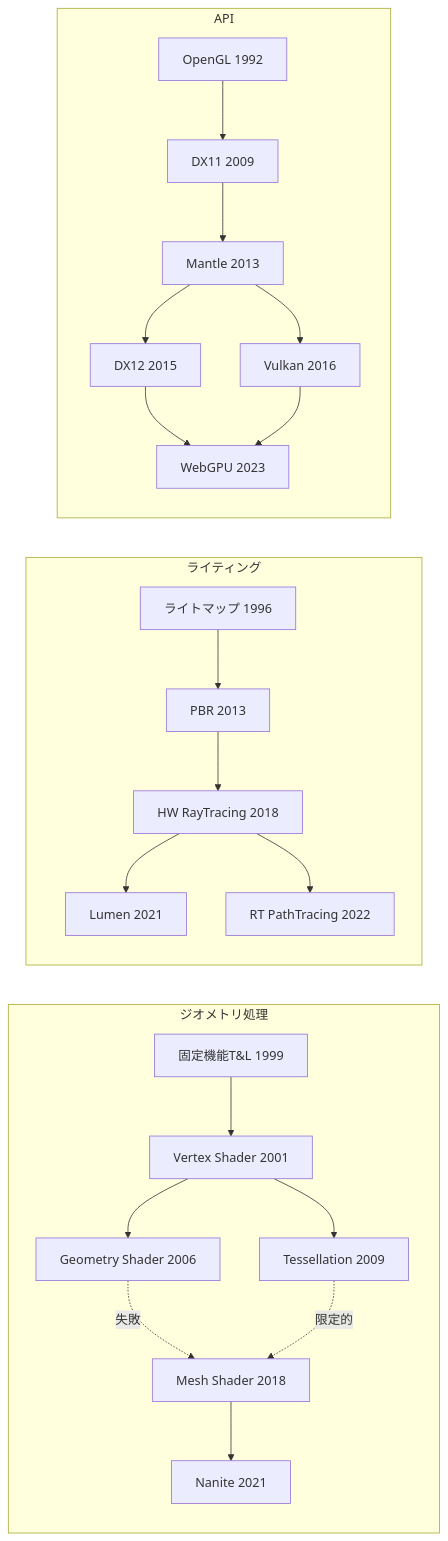
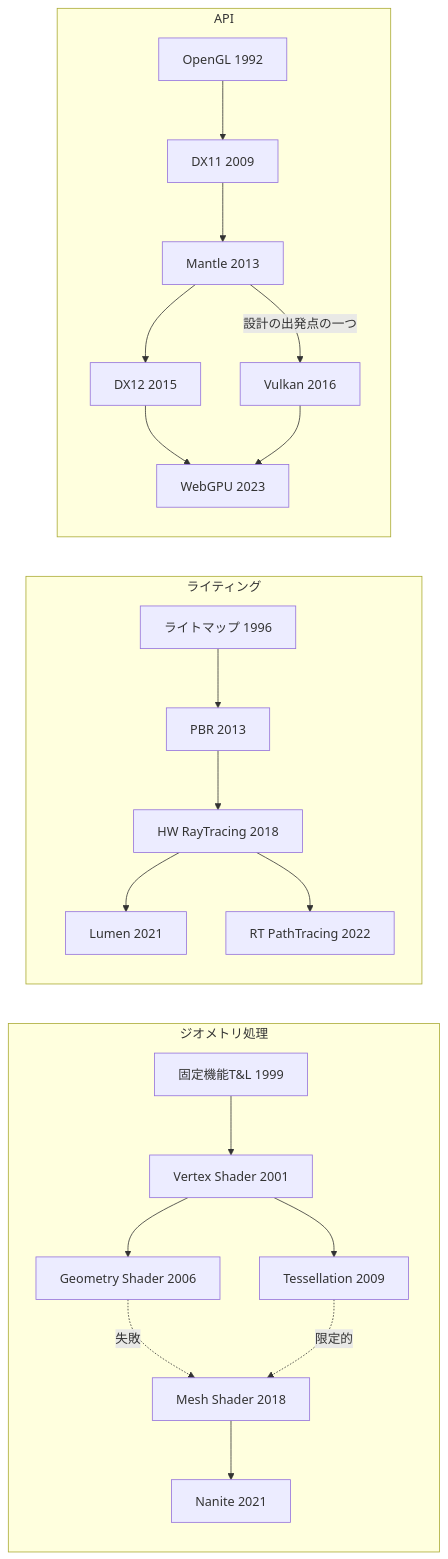
Before and after one commit to sny0/sny0.github.io: the second of 2 diagrams in study/docs/guide/rendering/timeline.md, drawn with Mermaid. The commit also changed other lines of this file and 427 other files, not shown here.

````diff
--- a/study/docs/guide/rendering/timeline.md
+++ b/study/docs/guide/rendering/timeline.md
@@ -120,25 +120,25 @@
 ```mermaid
 flowchart LR
     subgraph ジオメトリ処理
         FF[固定機能T&L 1999] --> VS[Vertex Shader 2001]
         VS --> GS[Geometry Shader 2006]
         VS --> TS[Tessellation 2009]
         GS -.失敗.-> MS[Mesh Shader 2018]
         TS -.限定的.-> MS
         MS --> NANITE[Nanite 2021]
     end
     subgraph ライティング
         LM[ライトマップ 1996] --> PBR2[PBR 2013]
         PBR2 --> RT[HW RayTracing 2018]
         RT --> LUMEN[Lumen 2021]
         RT --> PT[RT PathTracing 2022]
     end
     subgraph API
         GL[OpenGL 1992] --> DX11[DX11 2009]
         DX11 --> MANTLE[Mantle 2013]
         MANTLE --> DX12[DX12 2015]
-        MANTLE --> VK[Vulkan 2016]
+        MANTLE -->|設計の出発点の一つ| VK[Vulkan 2016]
         DX12 --> WG[WebGPU 2023]
         VK --> WG
     end
 ```
````
